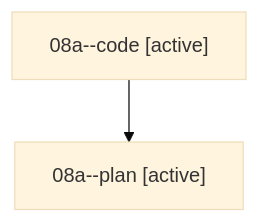
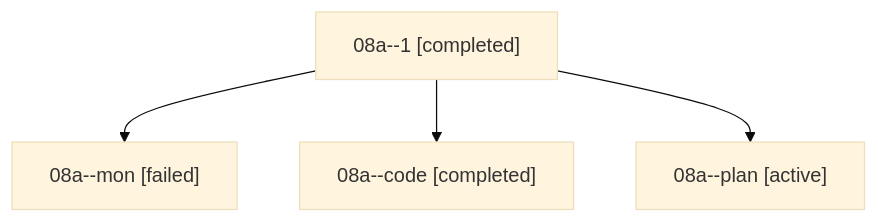
Before and after one commit to sase-org/sase--agents: the diagram in families/bbugyi200.athena.08a.md, drawn with Mermaid (base theme). The commit also changed other lines of this file and 35830 other files, not shown here.

````diff
--- a/families/bbugyi200.athena.08a.md
+++ b/families/bbugyi200.athena.08a.md
@@ -9,6 +9,10 @@
 ```mermaid
 flowchart TD
-  n0["08a--code [active]"]
-  n1["08a--plan [active]"]
+  n0["08a--1 [completed]"]
+  n1["08a--mon [failed]"]
   n0 --> n1
+  n2["08a--code [completed]"]
+  n0 --> n2
+  n3["08a--plan [active]"]
+  n0 --> n3
 ```
````
